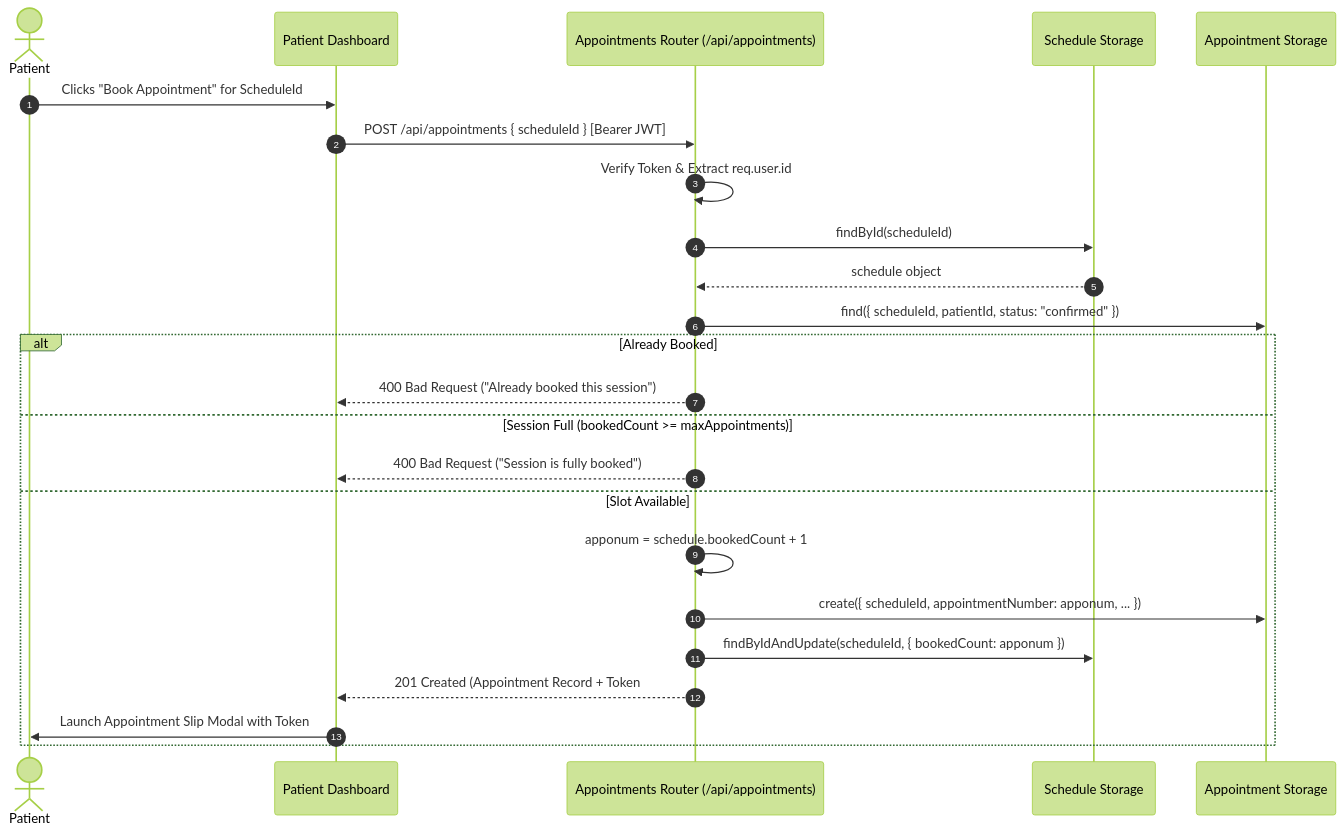
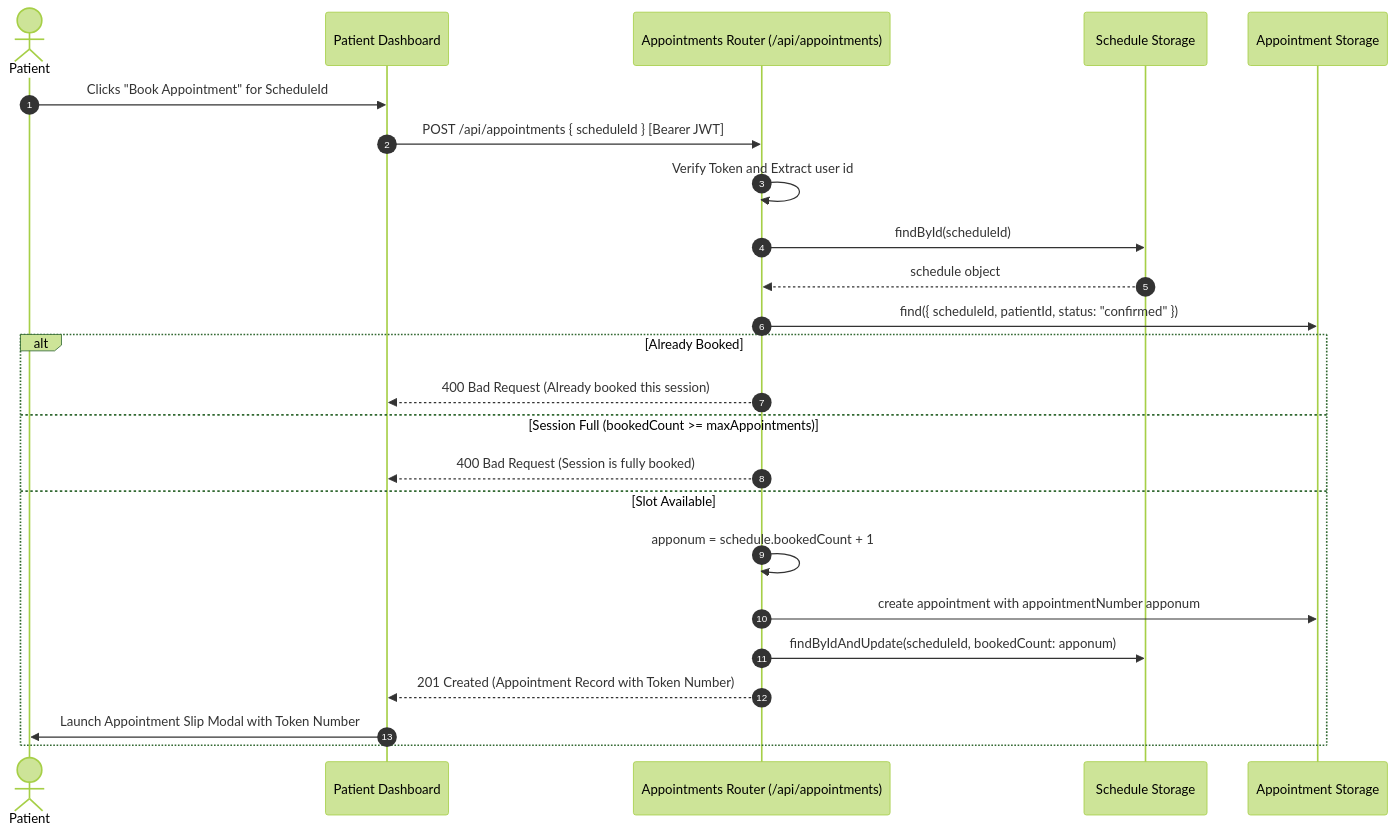
One commit to shsi1309-gif/MedFlow-Doctor_appointment_system changed the second of 3 diagrams in PROJECT_ANALYSIS_SYSTEM_DESIGN_AND_INTERVIEW_PREP.md. Above: the diagram before and after it, drawn with Mermaid (forest theme). The commit also changed other lines of this file, not shown here.

Commit message:
fix(docs): resolve mermaid sequence diagram syntax error

````diff
--- a/PROJECT_ANALYSIS_SYSTEM_DESIGN_AND_INTERVIEW_PREP.md
+++ b/PROJECT_ANALYSIS_SYSTEM_DESIGN_AND_INTERVIEW_PREP.md
@@ -125,27 +123,27 @@
 ```mermaid
 sequenceDiagram
     autonumber
     actor Patient
     participant UI as Patient Dashboard
     participant Route as Appointments Router (/api/appointments)
     participant SchedDB as Schedule Storage
     participant ApptDB as Appointment Storage
 
     Patient->>UI: Clicks "Book Appointment" for ScheduleId
     UI->>Route: POST /api/appointments { scheduleId } [Bearer JWT]
-    Route->>Route: Verify Token & Extract req.user.id
+    Route->>Route: Verify Token and Extract user id
     Route->>SchedDB: findById(scheduleId)
     SchedDB-->>Route: schedule object
     Route->>ApptDB: find({ scheduleId, patientId, status: "confirmed" })
     alt Already Booked
-        Route-->>UI: 400 Bad Request ("Already booked this session")
+        Route-->>UI: 400 Bad Request (Already booked this session)
     else Session Full (bookedCount >= maxAppointments)
-        Route-->>UI: 400 Bad Request ("Session is fully booked")
+        Route-->>UI: 400 Bad Request (Session is fully booked)
     else Slot Available
         Route->>Route: apponum = schedule.bookedCount + 1
-        Route->>ApptDB: create({ scheduleId, appointmentNumber: apponum, ... })
-        Route->>SchedDB: findByIdAndUpdate(scheduleId, { bookedCount: apponum })
-        Route-->>UI: 201 Created (Appointment Record + Token #)
-        UI->>Patient: Launch Appointment Slip Modal with Token #
+        Route->>ApptDB: create appointment with appointmentNumber apponum
+        Route->>SchedDB: findByIdAndUpdate(scheduleId, bookedCount: apponum)
+        Route-->>UI: 201 Created (Appointment Record with Token Number)
+        UI->>Patient: Launch Appointment Slip Modal with Token Number
     end
 ```
````
